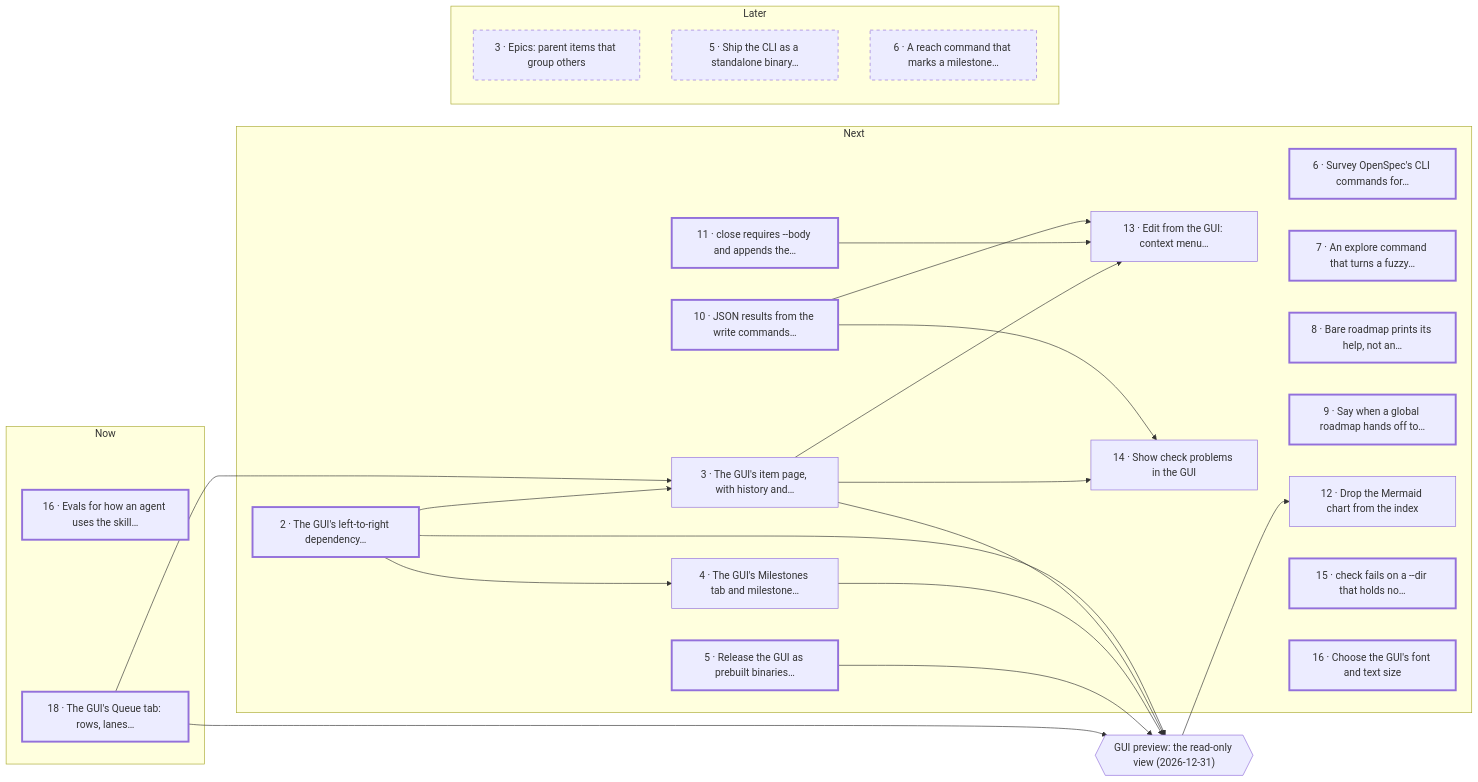
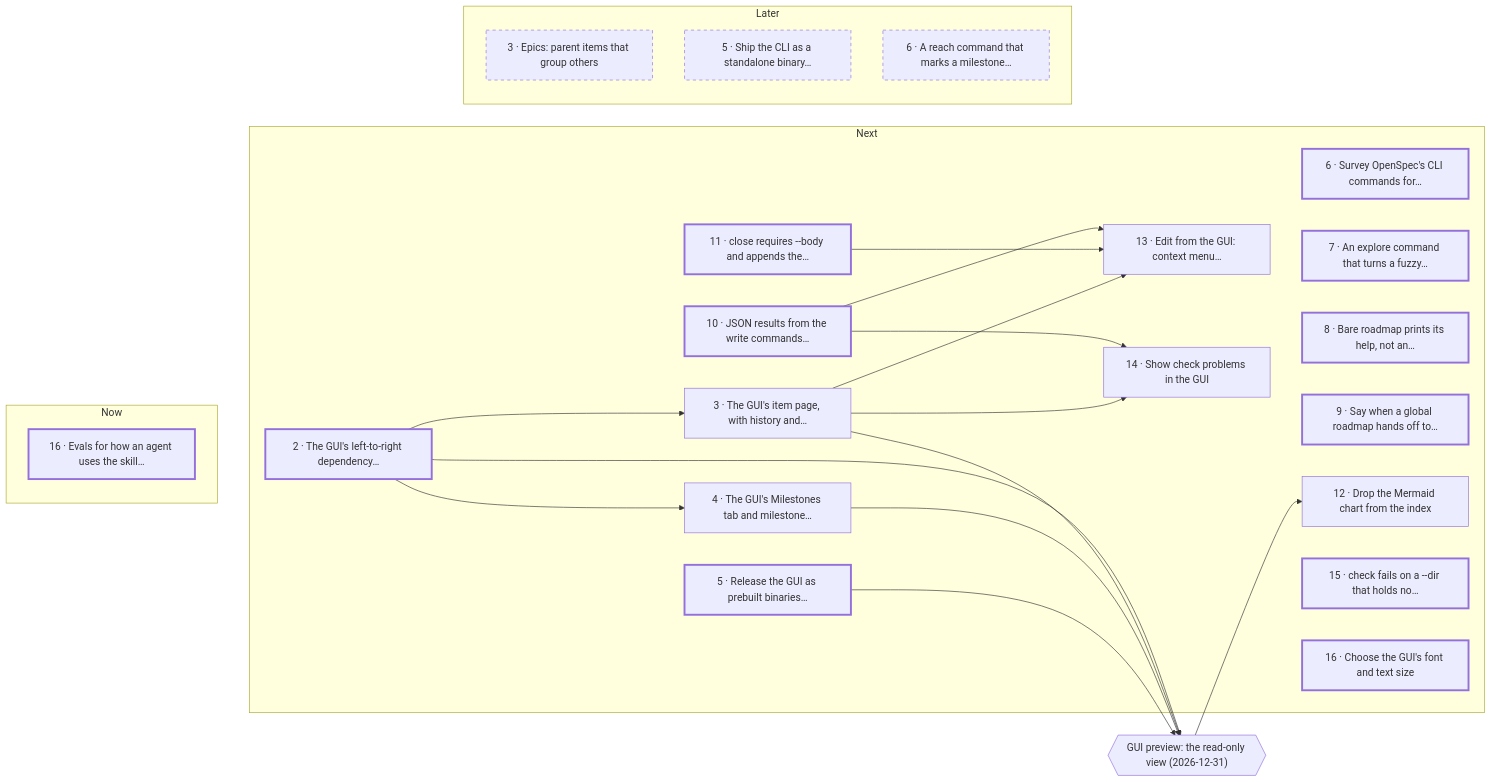
One commit to carby/simple-agentic-roadmap-skill changed the diagram in roadmap/README.md. Above: the diagram before and after it, drawn with Mermaid. The commit also changed other lines of this file and 3 other files, not shown here.

Commit message:
docs(roadmap): close gui-queue as #48

````diff
--- a/roadmap/README.md
+++ b/roadmap/README.md
@@ -42,49 +42,46 @@
 ```mermaid
 flowchart LR
   subgraph b_now ["Now"]
     i_agent_behaviour_evals["16 · Evals for how an agent uses the skill…"]
-    i_gui_queue["18 · The GUI's Queue tab: rows, lanes…"]
   end
   subgraph b_next ["Next"]
     i_gui_dependency_graph["2 · The GUI's left-to-right dependency…"]
     i_gui_item_page["3 · The GUI's item page, with history and…"]
     i_gui_milestones["4 · The GUI's Milestones tab and milestone…"]
     i_gui_release["5 · Release the GUI as prebuilt binaries…"]
     i_openspec_command_parity["6 · Survey OpenSpec's CLI commands for…"]
     i_explore_command["7 · An explore command that turns a fuzzy…"]
     i_help_without_command["8 · Bare roadmap prints its help, not an…"]
     i_handoff_override["9 · Say when a global roadmap hands off to…"]
     i_json_write_results["10 · JSON results from the write commands…"]
     i_close_body["11 · close requires --body and appends the…"]
     i_drop_mermaid["12 · Drop the Mermaid chart from the index"]
     i_gui_editing["13 · Edit from the GUI: context menu…"]
     i_gui_check_panel["14 · Show check problems in the GUI"]
     i_check_missing_dir["15 · check fails on a --dir that holds no…"]
     i_gui_font["16 · Choose the GUI's font and text size"]
   end
   subgraph b_later ["Later"]
     i_epics["3 · Epics: parent items that group others"]
     i_standalone_binary["5 · Ship the CLI as a standalone binary…"]
     i_reach_command["6 · A reach command that marks a milestone…"]
   end
   b_now ~~~ b_next ~~~ b_later
-  i_gui_queue --> i_gui_item_page
   i_gui_dependency_graph --> i_gui_item_page
   i_gui_dependency_graph --> i_gui_milestones
   i_json_write_results --> i_gui_editing
   i_close_body --> i_gui_editing
   i_gui_item_page --> i_gui_editing
   i_json_write_results --> i_gui_check_panel
   i_gui_item_page --> i_gui_check_panel
   m_gui_preview{{"GUI preview: the read-only view (2026-12-31)"}}
-  i_gui_queue --> m_gui_preview
   i_gui_dependency_graph --> m_gui_preview
   i_gui_item_page --> m_gui_preview
   i_gui_milestones --> m_gui_preview
   i_gui_release --> m_gui_preview
   m_gui_preview --> i_drop_mermaid
   classDef ready stroke-width: 3px
-  class i_agent_behaviour_evals,i_gui_queue,i_gui_dependency_graph,i_gui_release,i_openspec_command_parity,i_explore_command,i_help_without_command,i_handoff_override,i_json_write_results,i_close_body,i_check_missing_dir,i_gui_font ready
+  class i_agent_behaviour_evals,i_gui_dependency_graph,i_gui_release,i_openspec_command_parity,i_explore_command,i_help_without_command,i_handoff_override,i_json_write_results,i_close_body,i_check_missing_dir,i_gui_font ready
   classDef later stroke-dasharray: 5 5
   class i_epics,i_standalone_binary,i_reach_command later
 ```
````
